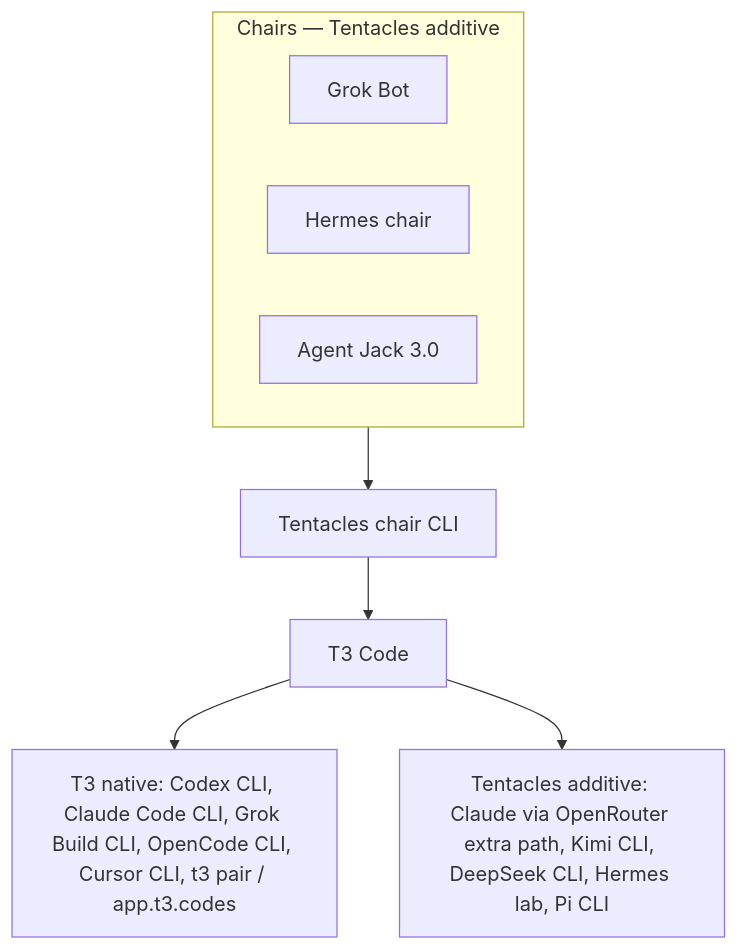
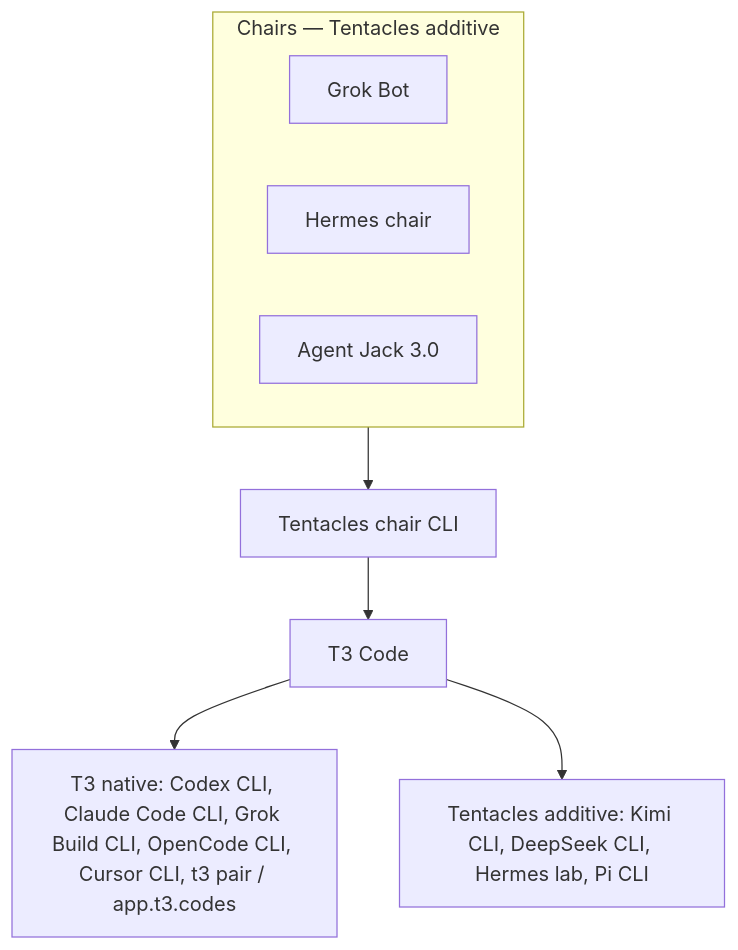
The diagram in README.md (m-check1B/t3-code-tentacles), drawn with Mermaid before and after one commit. The commit also changed other lines of this file and 4 other files, not shown here.

First line of the commit message:
docs: squash OpenRouter mix-up from Tentacles README

````diff
--- a/README.md
+++ b/README.md
@@ -92,13 +89,13 @@
 ```mermaid
 flowchart TB
     subgraph Chairs["Chairs — Tentacles additive"]
         direction LR
         GrokBot["Grok Bot"]
         HermesChair["Hermes chair"]
         Jack["Agent Jack 3.0"]
     end
     Chairs --> ChairCLI["Tentacles chair CLI"]
     ChairCLI --> T3["T3 Code"]
     T3 --> Native["T3 native: Codex CLI, Claude Code CLI, Grok Build CLI, OpenCode CLI, Cursor CLI, t3 pair / app.t3.codes"]
-    T3 --> Additive["Tentacles additive: Claude via OpenRouter extra path, Kimi CLI, DeepSeek CLI, Hermes lab, Pi CLI"]
+    T3 --> Additive["Tentacles additive: Kimi CLI, DeepSeek CLI, Hermes lab, Pi CLI"]
 ```
````
